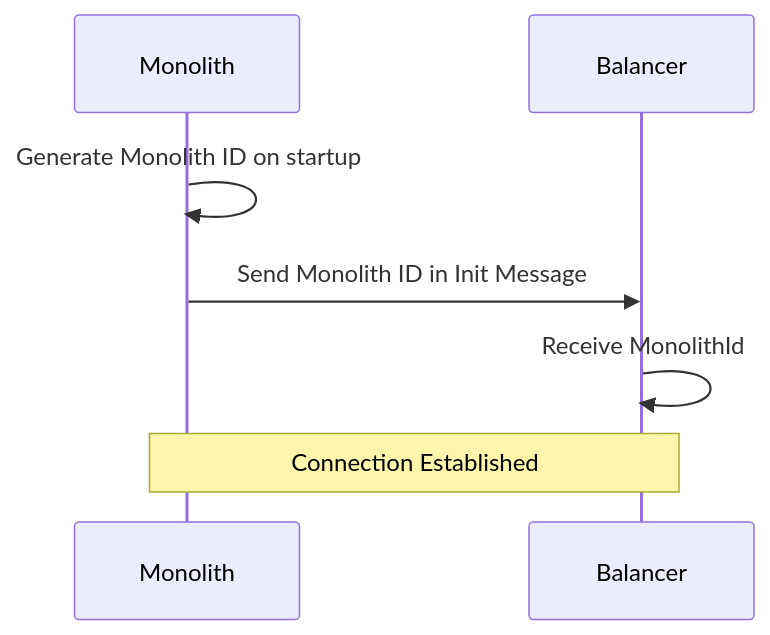
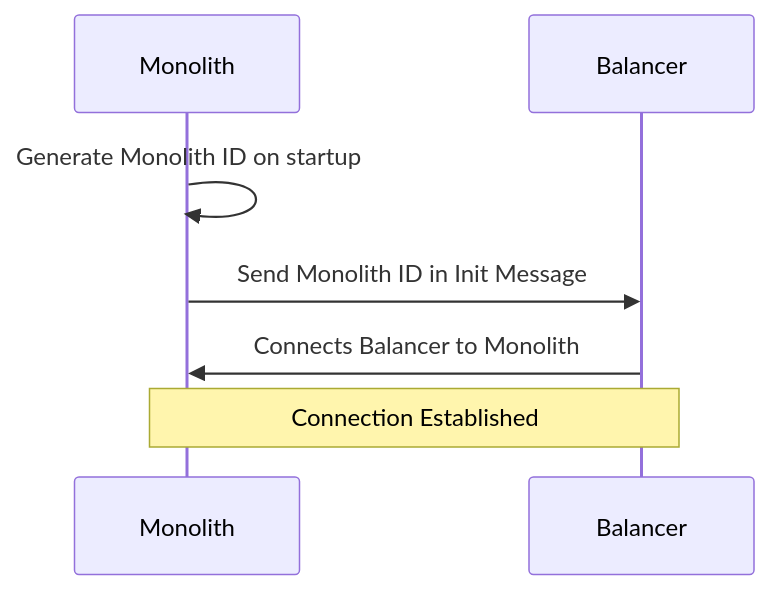
The diagram in figures/monolith-id-sequence.mmd (dyc3/senior-design), drawn with Mermaid before and after one commit. The commit also changed other lines of this file and 1 other file, not shown here.

```diff
--- a/figures/monolith-id-sequence.mmd
+++ b/figures/monolith-id-sequence.mmd
@@ -1,8 +1,8 @@
 sequenceDiagram
     participant Monolith
     participant Balancer
 
     Monolith->>Monolith: Generate Monolith ID on startup
     Monolith->>Balancer: Send Monolith ID in Init Message
-    Balancer->>Balancer: Receive MonolithId
+    Balancer->>Monolith: Connects Balancer to Monolith
     Note over Monolith,Balancer: Connection Established
```
